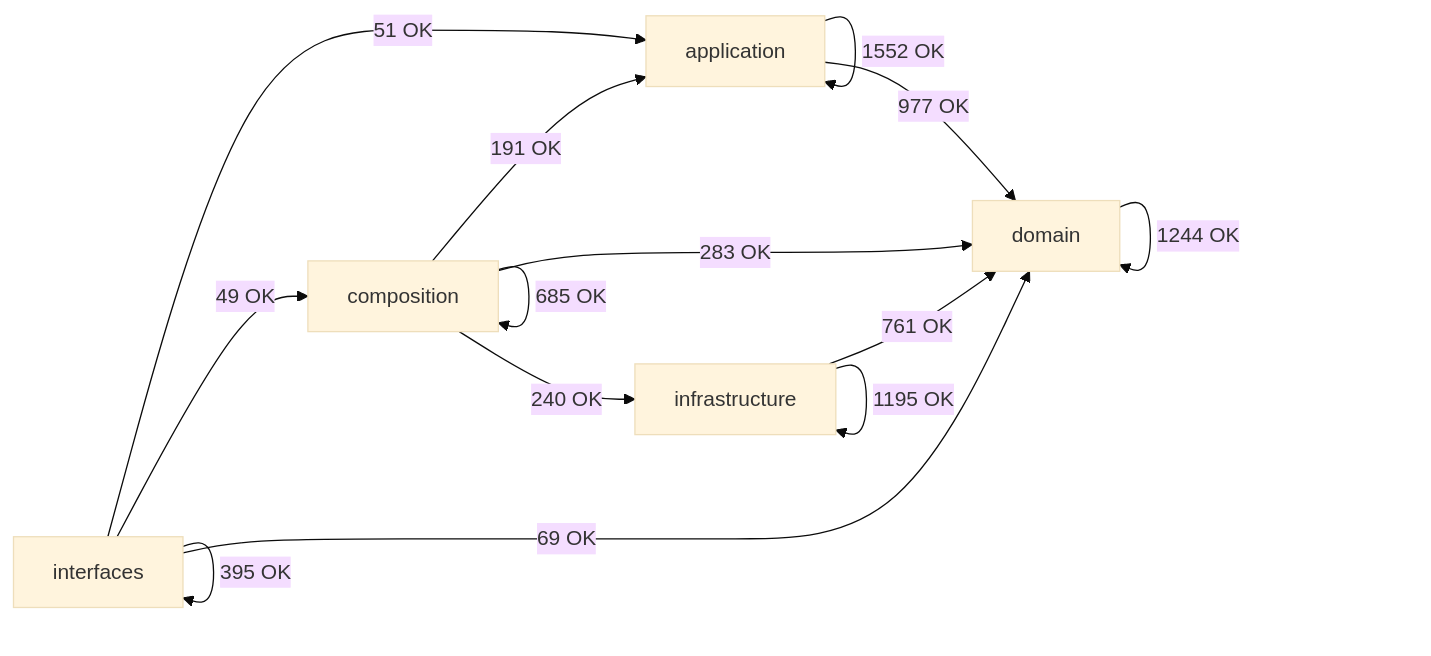
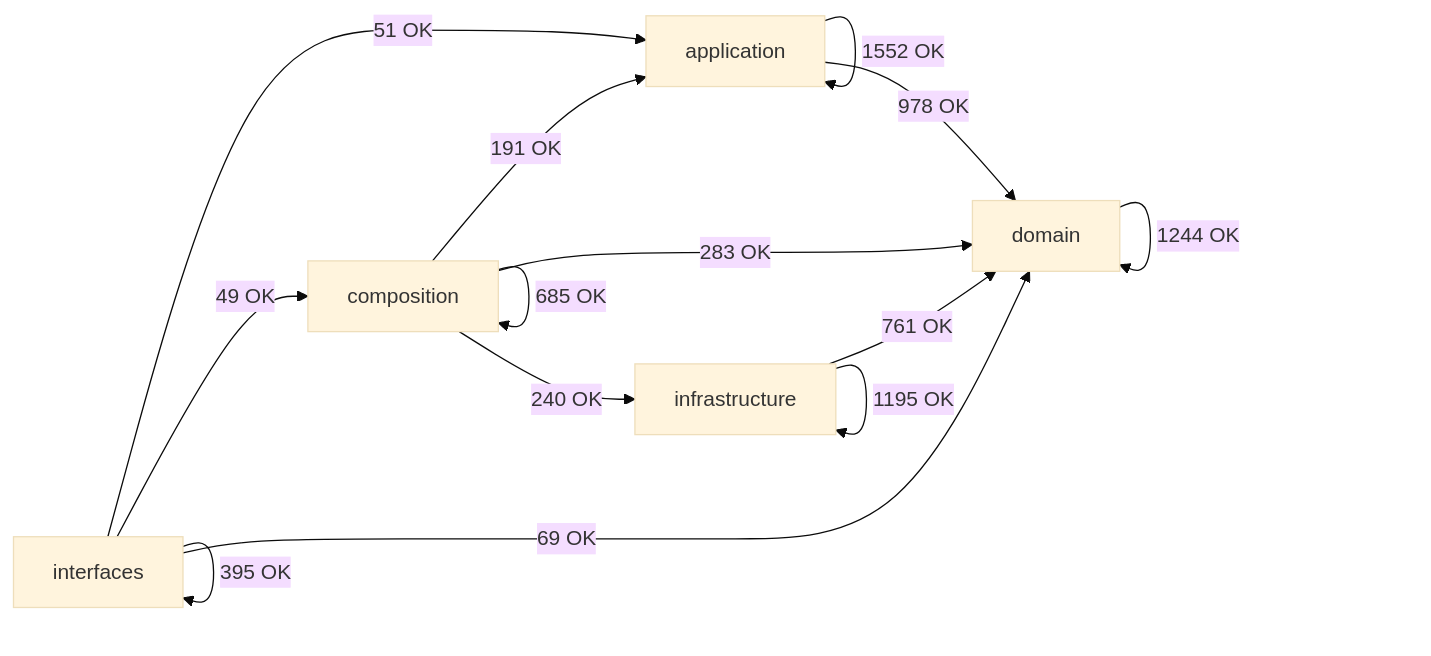
Before and after one commit to SatoryKono/BioactivityDataAcquisition: the diagram in docs/02-architecture/generated/module-dependency-map.md, drawn with Mermaid (base theme). The commit also changed other lines of this file and 21 other files, not shown here.

Commit message:
fix(ci): stabilize architecture closeout gates

````diff
--- a/docs/02-architecture/generated/module-dependency-map.md
+++ b/docs/02-architecture/generated/module-dependency-map.md
@@ -17,21 +17,21 @@
 ```mermaid
 flowchart LR
     domain[domain]
     application[application]
     infrastructure[infrastructure]
     composition[composition]
     interfaces[interfaces]
     application -->|1552 OK| application
-    application -->|977 OK| domain
+    application -->|978 OK| domain
     composition -->|191 OK| application
     composition -->|685 OK| composition
     composition -->|283 OK| domain
     composition -->|240 OK| infrastructure
     domain -->|1244 OK| domain
     infrastructure -->|761 OK| domain
     infrastructure -->|1195 OK| infrastructure
     interfaces -->|51 OK| application
     interfaces -->|49 OK| composition
     interfaces -->|69 OK| domain
     interfaces -->|395 OK| interfaces
 ```
````
